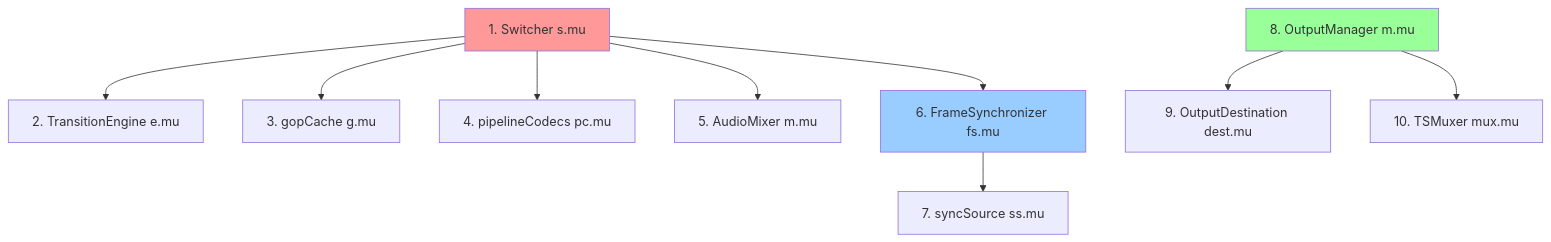
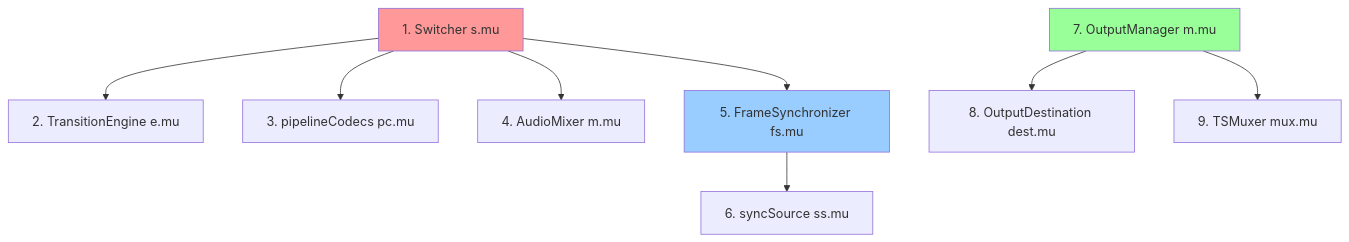
The eighth of 8 diagrams in docs/locking-and-concurrency.md (zsiec/switchframe), drawn with Mermaid before and after one commit. The commit also changed other lines of this file and 6 other files, not shown here.

````diff
--- a/docs/locking-and-concurrency.md
+++ b/docs/locking-and-concurrency.md
@@ -369,15 +369,14 @@
 ```mermaid
 graph TD
     A["1. Switcher s.mu"] --> B["2. TransitionEngine e.mu"]
-    A --> C["3. gopCache g.mu"]
-    A --> D["4. pipelineCodecs pc.mu"]
-    A --> E["5. AudioMixer m.mu"]
-    A --> F["6. FrameSynchronizer fs.mu"]
-    F --> G["7. syncSource ss.mu"]
-    H["8. OutputManager m.mu"] --> I["9. OutputDestination dest.mu"]
-    H --> J["10. TSMuxer mux.mu"]
+    A --> D["3. pipelineCodecs pc.mu"]
+    A --> E["4. AudioMixer m.mu"]
+    A --> F["5. FrameSynchronizer fs.mu"]
+    F --> G["6. syncSource ss.mu"]
+    H["7. OutputManager m.mu"] --> I["8. OutputDestination dest.mu"]
+    H --> J["9. TSMuxer mux.mu"]
 
     style A fill:#ff9999
     style F fill:#99ccff
     style H fill:#99ff99
 ```
````
